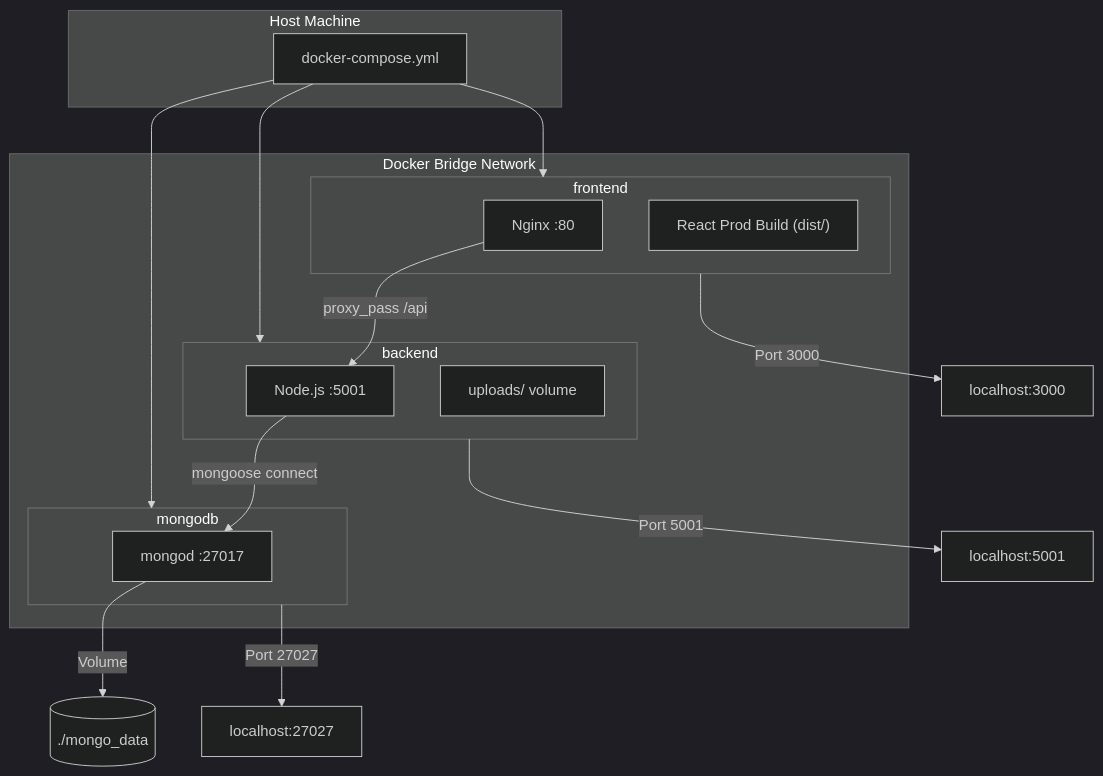
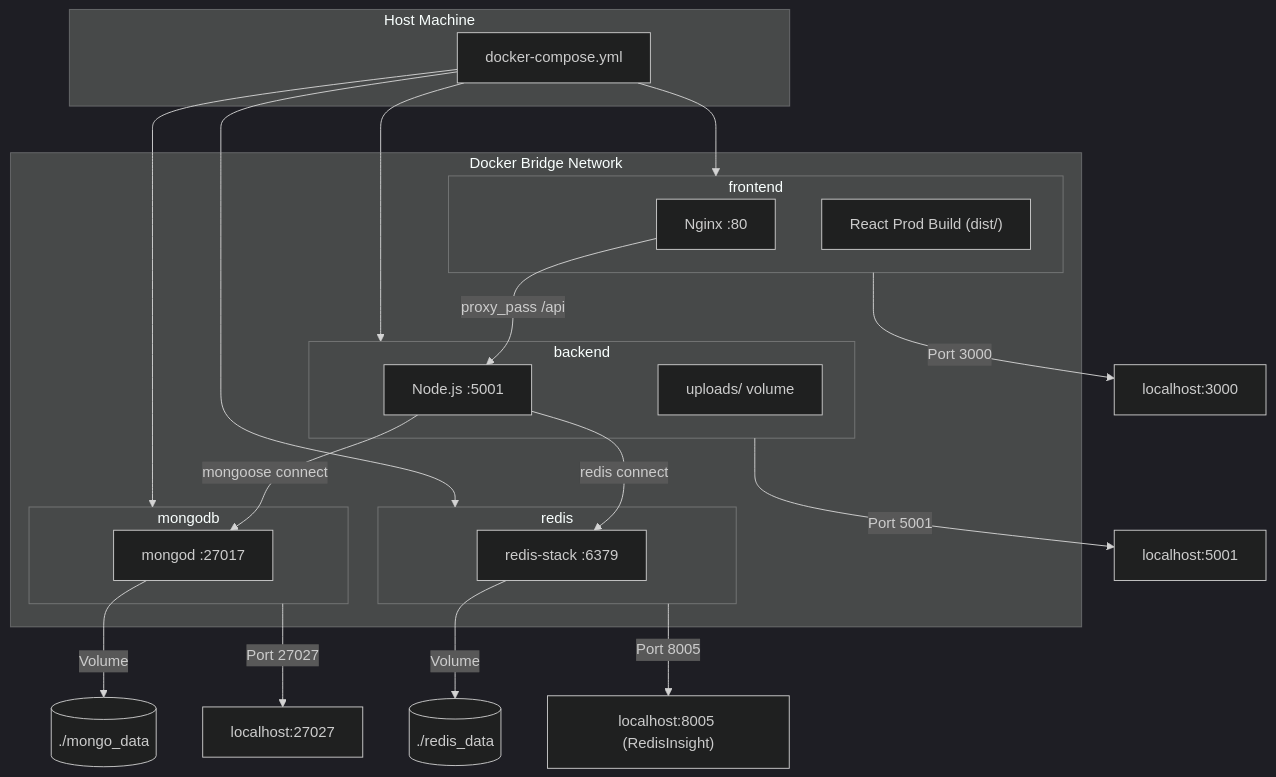
The ninth of 11 diagrams in architecture_diagrams.md (Narendrakaduru/QuickCart), drawn with Mermaid (dark theme) before and after one commit. The commit also changed other lines of this file and 1 other file, not shown here.

Commit message:
feat: update project documentation and architecture diagrams for redis integration

````diff
--- a/architecture_diagrams.md
+++ b/architecture_diagrams.md
@@ -457,34 +461,42 @@
 ```mermaid
 graph TB
     subgraph Host["Host Machine"]
         DC["docker-compose.yml"]
     end
 
     subgraph Network["Docker Bridge Network"]
         subgraph FE["frontend"]
             NGINX["Nginx :80"]
             REACT_BUILD["React Prod Build (dist/)"]
         end
 
         subgraph BE["backend"]
             NODE["Node.js :5001"]
             UPLOADS["uploads/ volume"]
         end
 
         subgraph DB["mongodb"]
             MONGOD["mongod :27017"]
         end
+
+        subgraph Cache["redis"]
+            REDIS_STACK["redis-stack :6379"]
+        end
     end
 
     DC --> FE
     DC --> BE
     DC --> DB
+    DC --> Cache
 
     NGINX -- "proxy_pass /api" --> NODE
     NODE -- "mongoose connect" --> MONGOD
+    NODE -- "redis connect" --> REDIS_STACK
 
     FE -- "Port 3000" --> EXT_FE["localhost:3000"]
     BE -- "Port 5001" --> EXT_BE["localhost:5001"]
     DB -- "Port 27027" --> EXT_DB["localhost:27027"]
+    Cache -- "Port 8005" --> EXT_RI["localhost:8005 (RedisInsight)"]
     MONGOD -- "Volume" --> PERSIST[("./mongo_data")]
+    REDIS_STACK -- "Volume" --> REDIS_P[("./redis_data")]
 ```
````
